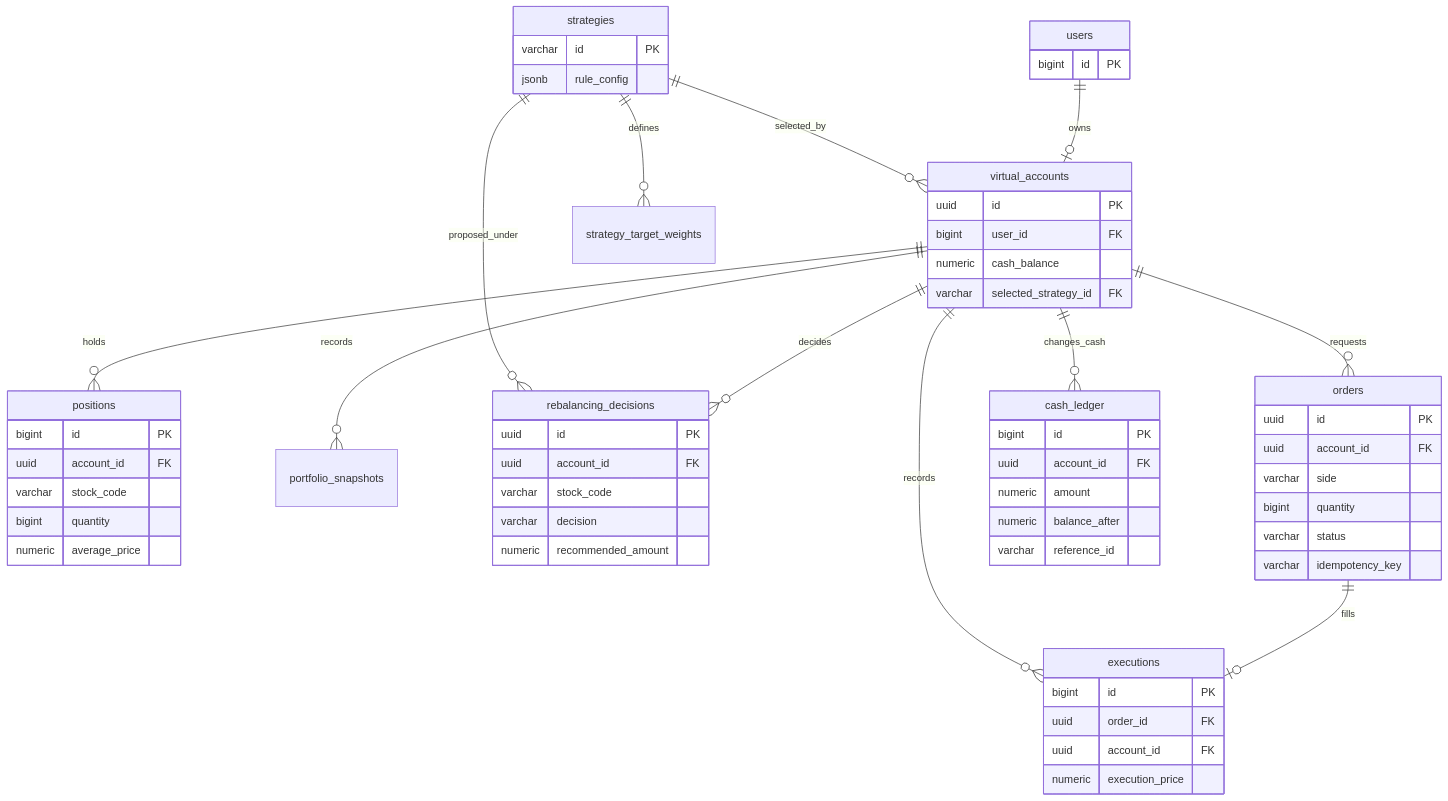
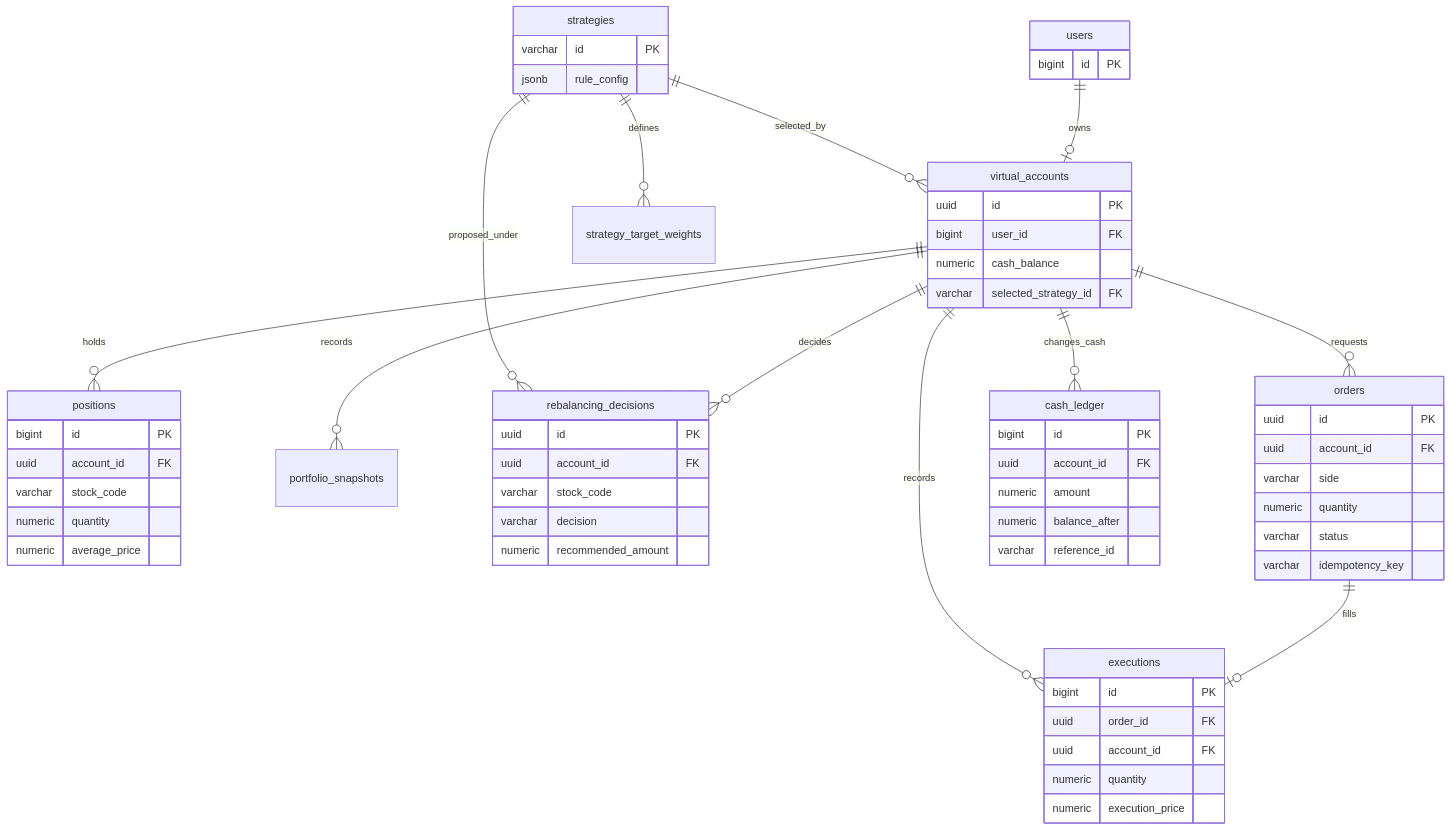
Before and after one commit to SeSAC-3nd-Team1/FEIN-financial-engineering-intelligent-navigation: the diagram in docs/VIRTUAL_TRADING_ERD.md, drawn with Mermaid. The commit also changed 18 other files, not shown here.

````diff
--- a/docs/VIRTUAL_TRADING_ERD.md
+++ b/docs/VIRTUAL_TRADING_ERD.md
@@ -3,23 +3,23 @@
 ```mermaid
 erDiagram
   users ||--o| virtual_accounts : owns
   strategies ||--o{ virtual_accounts : selected_by
   virtual_accounts ||--o{ positions : holds
   virtual_accounts ||--o{ portfolio_snapshots : records
   virtual_accounts ||--o{ rebalancing_decisions : decides
   strategies ||--o{ strategy_target_weights : defines
   strategies ||--o{ rebalancing_decisions : proposed_under
   virtual_accounts ||--o{ orders : requests
   orders ||--o| executions : fills
   virtual_accounts ||--o{ executions : records
   virtual_accounts ||--o{ cash_ledger : changes_cash
 
   users { bigint id PK }
   strategies { varchar id PK jsonb rule_config }
   virtual_accounts { uuid id PK bigint user_id FK numeric cash_balance varchar selected_strategy_id FK }
-  positions { bigint id PK uuid account_id FK varchar stock_code bigint quantity numeric average_price }
+  positions { bigint id PK uuid account_id FK varchar stock_code numeric quantity numeric average_price }
   rebalancing_decisions { uuid id PK uuid account_id FK varchar stock_code varchar decision numeric recommended_amount }
-  orders { uuid id PK uuid account_id FK varchar side bigint quantity varchar status varchar idempotency_key }
-  executions { bigint id PK uuid order_id FK uuid account_id FK numeric execution_price }
+  orders { uuid id PK uuid account_id FK varchar side numeric quantity varchar status varchar idempotency_key }
+  executions { bigint id PK uuid order_id FK uuid account_id FK numeric quantity numeric execution_price }
   cash_ledger { bigint id PK uuid account_id FK numeric amount numeric balance_after varchar reference_id }
 ```
````
